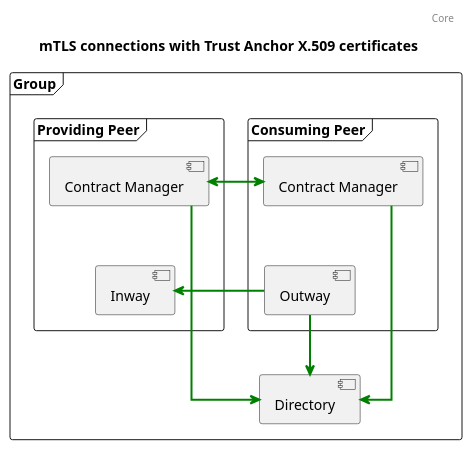
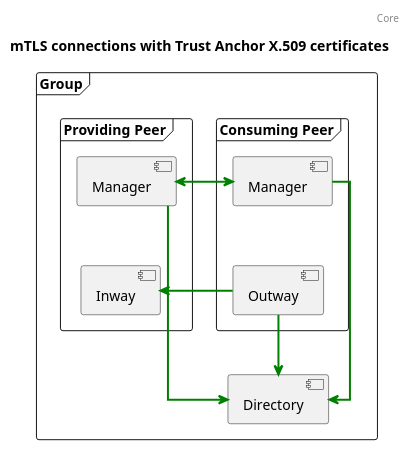
Before and after one commit to Logius-standaarden/fsc-core: the diagram in diagrams/seq-mtls-connections.puml, drawn with PlantUML. The commit also changed 6 other files, not shown here.

Commit message:
replace contract manager with manager

```diff
--- a/diagrams/seq-mtls-connections.puml
+++ b/diagrams/seq-mtls-connections.puml
@@ -1,29 +1,29 @@
 @startuml
 
 header: Core
 title mTLS connections with Trust Anchor X.509 certificates
 
 frame "Group" {
   frame "Consuming Peer" {
     component Outway as outway
-    component "Contract Manager" as contractManagerConsumingPeer
+    component "Manager" as managerConsumingPeer
   }
   frame "Providing Peer" {
      Component Inway as inway
-     component "Contract Manager" as contractManagerProvidingPeer
+     component "Manager" as managerProvidingPeer
   }
   component Directory as directory
 }
 
-contractManagerConsumingPeer <-[bold,#green]l-> contractManagerProvidingPeer
-contractManagerProvidingPeer -[bold,#green]d-> directory
-contractManagerConsumingPeer -[bold,#green]d-> directory
+managerConsumingPeer <-[bold,#green]l-> managerProvidingPeer
+managerProvidingPeer -[bold,#green]d-> directory
+managerConsumingPeer -[bold,#green]d-> directory
 outway -[bold,#green]d-> directory
 outway -[bold,#green]l-> inway
-outway -[hidden]u-> contractManagerConsumingPeer
-inway -[hidden]u-> contractManagerProvidingPeer
+outway -[hidden]u-> managerConsumingPeer
+inway -[hidden]u-> managerProvidingPeer
 
 skinparam boxPadding 50
 skinparam linetype polyline
 skinparam linetype ortho
 @enduml
```
